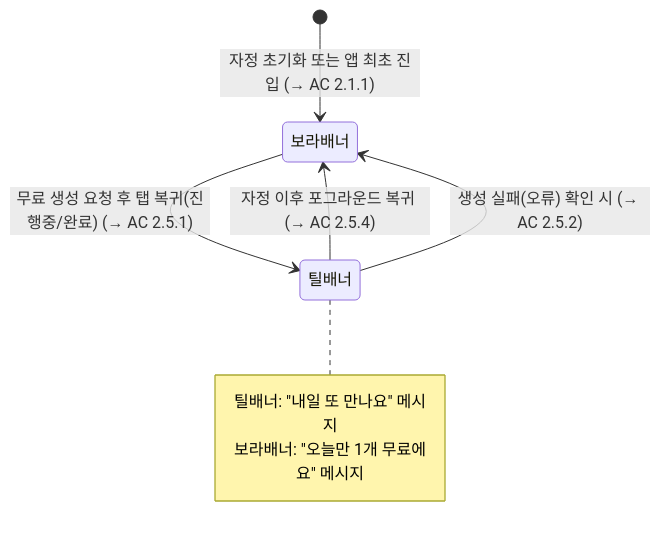
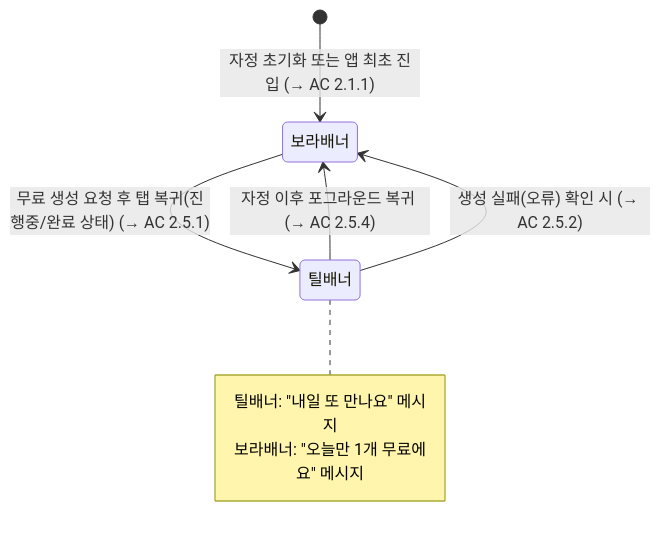
Before and after one commit to zach-wrtn/zzem-orchestrator: the third of 3 diagrams in docs/prds/PRD-free-tab-filter-diversification.md, drawn with Mermaid. The commit also changed other lines of this file, not shown here.

````diff
--- a/docs/prds/PRD-free-tab-filter-diversification.md
+++ b/docs/prds/PRD-free-tab-filter-diversification.md
@@ -223,12 +228,12 @@
 ```mermaid
 stateDiagram-v2
     [*] --> 보라배너 : 자정 초기화 또는 앱 최초 진입 (→ AC 2.1.1)
-    보라배너 --> 틸배너 : 무료 생성 요청 후 탭 복귀(진행중/완료) (→ AC 2.5.1)
+    보라배너 --> 틸배너 : 무료 생성 요청 후 탭 복귀(진행중/완료 상태) (→ AC 2.5.1)
     틸배너 --> 보라배너 : 자정 이후 포그라운드 복귀 (→ AC 2.5.4)
     틸배너 --> 보라배너 : 생성 실패(오류) 확인 시 (→ AC 2.5.2)
 
     note right of 틸배너
         틸배너: "내일 또 만나요" 메시지
         보라배너: "오늘만 1개 무료에요" 메시지
     end note
 ```
````
